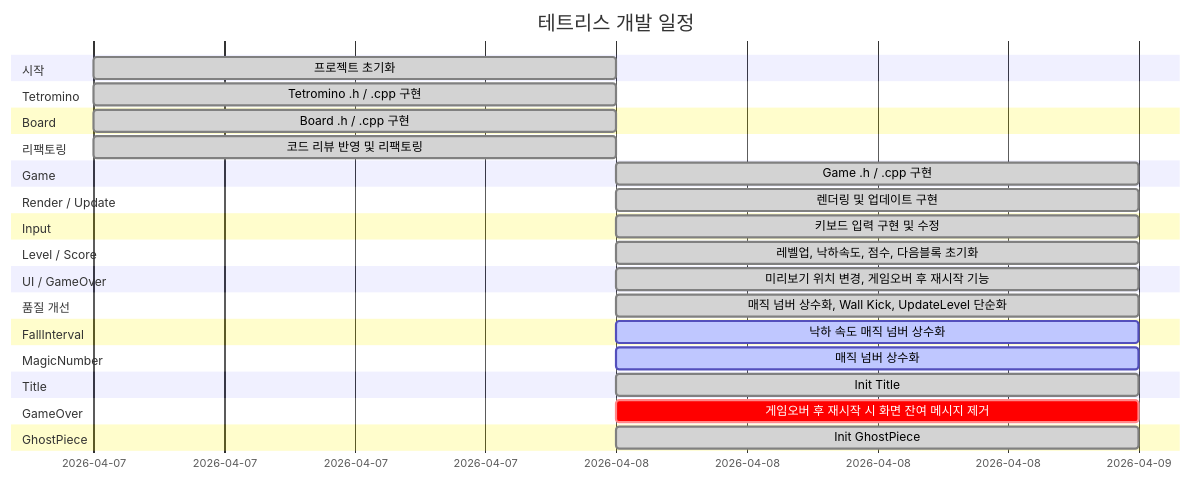
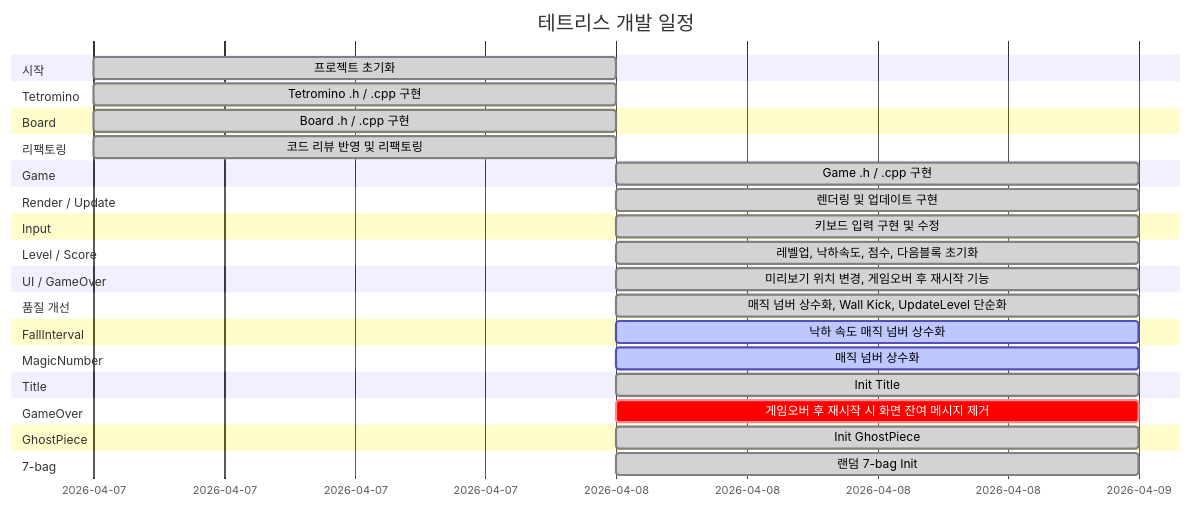
Before and after one commit to Chance031/Tetris-cpp: the diagram in README.md, drawn with Mermaid. The commit also changed other lines of this file, not shown here.

Commit message:
docs: README 자동 업데이트 [skip ci]

````diff
--- a/README.md
+++ b/README.md
@@ -27,35 +27,37 @@
 ```mermaid
 gantt
     title 테트리스 개발 일정
     dateFormat YYYY-MM-DD
     section 시작
         프로젝트 초기화 :done, init, 2026-04-07, 1d
     section Tetromino
         Tetromino .h / .cpp 구현 :done, t16803, 2026-04-07, 1d
     section Board
         Board .h / .cpp 구현 :done, t84048, 2026-04-07, 1d
     section 리팩토링
         코드 리뷰 반영 및 리팩토링 :done, refactor, 2026-04-07, 1d
     section Game
         Game .h / .cpp 구현 :done, t91896, 2026-04-08, 1d
     section Render / Update
         렌더링 및 업데이트 구현 :done, t47867, 2026-04-08, 1d
     section Input
         키보드 입력 구현 및 수정 :done, t8258, 2026-04-08, 1d
     section Level / Score
         레벨업, 낙하속도, 점수, 다음블록 초기화 :done, t44367, 2026-04-08, 1d
     section UI / GameOver
         미리보기 위치 변경, 게임오버 후 재시작 기능 :done, t55123, 2026-04-08, 1d
     section 품질 개선
         매직 넘버 상수화, Wall Kick, UpdateLevel 단순화 :done, t66234, 2026-04-08, 1d
     section FallInterval
         낙하 속도 매직 넘버 상수화 :active, t66782, 2026-04-08, 1d
     section MagicNumber
         매직 넘버 상수화 :active, t23180, 2026-04-08, 1d
     section Title
         Init Title :done, t45140, 2026-04-08, 1d
     section GameOver
         게임오버 후 재시작 시 화면 잔여 메시지 제거 :crit, t96693, 2026-04-08, 1d
     section GhostPiece
         Init GhostPiece :done, t88826, 2026-04-08, 1d
+    section 7-bag
+        랜덤 7-bag Init :done, t21893, 2026-04-08, 1d
 ```
````
